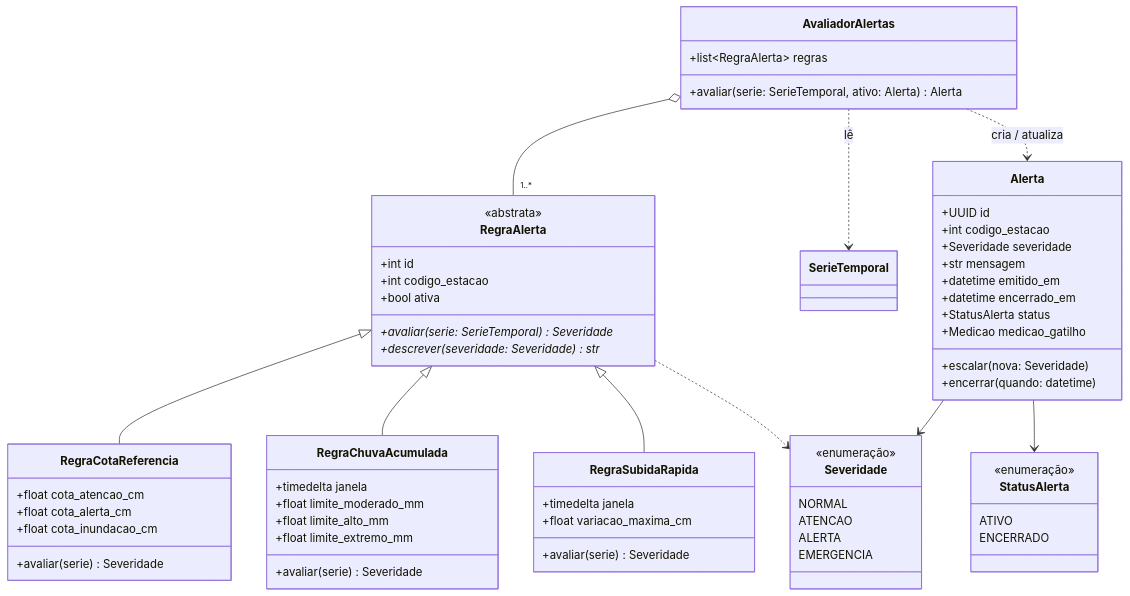
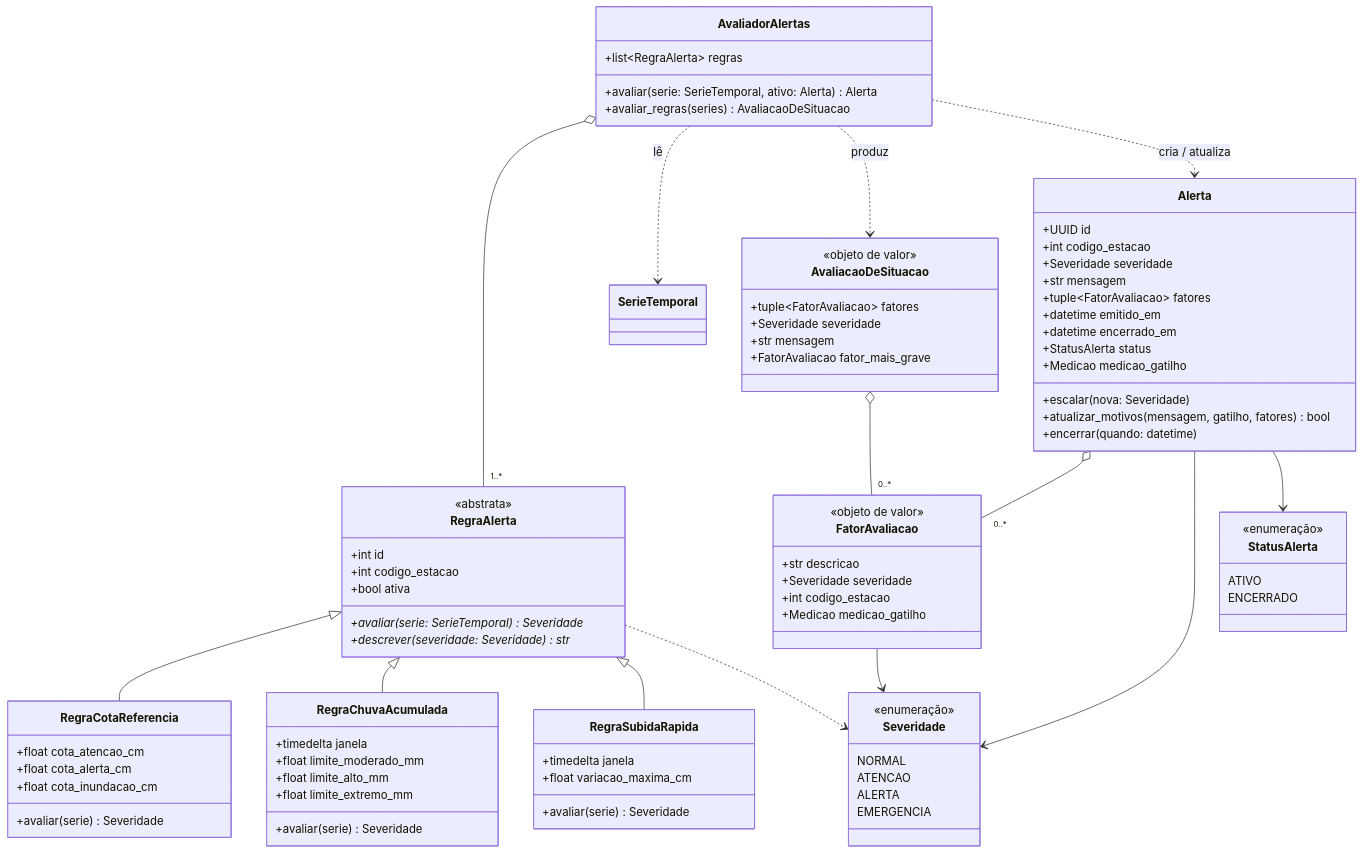
Before and after one commit to Software-Engineering-USP/MAC0413-TaPoo: the fourth of 7 diagrams in docs/diagramas-de-classe-ana.md, drawn with Mermaid. The commit also changed 2 other files, not shown here.

Commit message:
fix: fixing issues appointed by the review

```diff
--- a/docs/diagramas-de-classe-ana.md
+++ b/docs/diagramas-de-classe-ana.md
@@ -261,16 +261,33 @@
       +int codigo_estacao
       +Severidade severidade
       +str mensagem
+      +tuple~FatorAvaliacao~ fatores
       +datetime emitido_em
       +datetime encerrado_em
       +StatusAlerta status
       +Medicao medicao_gatilho
       +escalar(nova: Severidade)
+      +atualizar_motivos(mensagem, gatilho, fatores) bool
       +encerrar(quando: datetime)
+    }
+    class FatorAvaliacao {
+      <<objeto de valor>>
+      +str descricao
+      +Severidade severidade
+      +int codigo_estacao
+      +Medicao medicao_gatilho
+    }
+    class AvaliacaoDeSituacao {
+      <<objeto de valor>>
+      +tuple~FatorAvaliacao~ fatores
+      +Severidade severidade
+      +str mensagem
+      +FatorAvaliacao fator_mais_grave
     }
     class AvaliadorAlertas {
       +list~RegraAlerta~ regras
       +avaliar(serie: SerieTemporal, ativo: Alerta) Alerta
+      +avaliar_regras(series) AvaliacaoDeSituacao
     }
     class Severidade {
       <<enumeração>>
@@ -290,7 +307,11 @@
     RegraAlerta <|-- RegraSubidaRapida
     AvaliadorAlertas o-- "1..*" RegraAlerta
     AvaliadorAlertas ..> SerieTemporal : lê
+    AvaliadorAlertas ..> AvaliacaoDeSituacao : produz
     AvaliadorAlertas ..> Alerta : cria / atualiza
+    AvaliacaoDeSituacao o-- "0..*" FatorAvaliacao
+    Alerta o-- "0..*" FatorAvaliacao
+    FatorAvaliacao --> Severidade
     Alerta --> Severidade
     Alerta --> StatusAlerta
     RegraAlerta ..> Severidade
```
